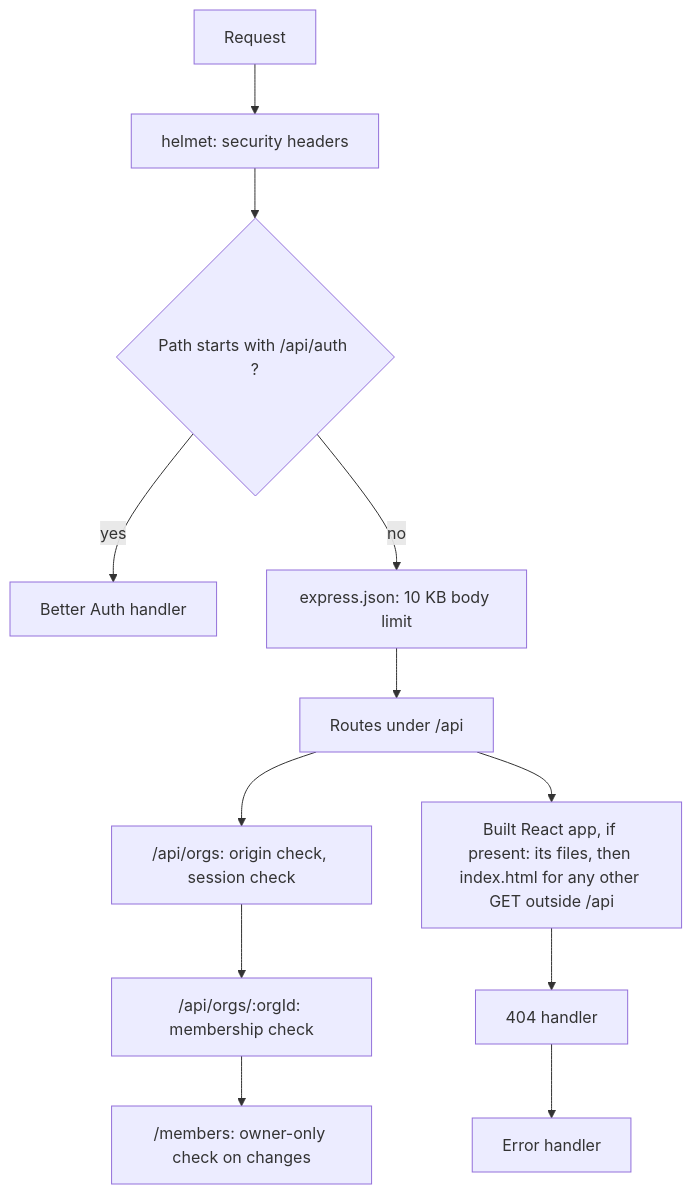
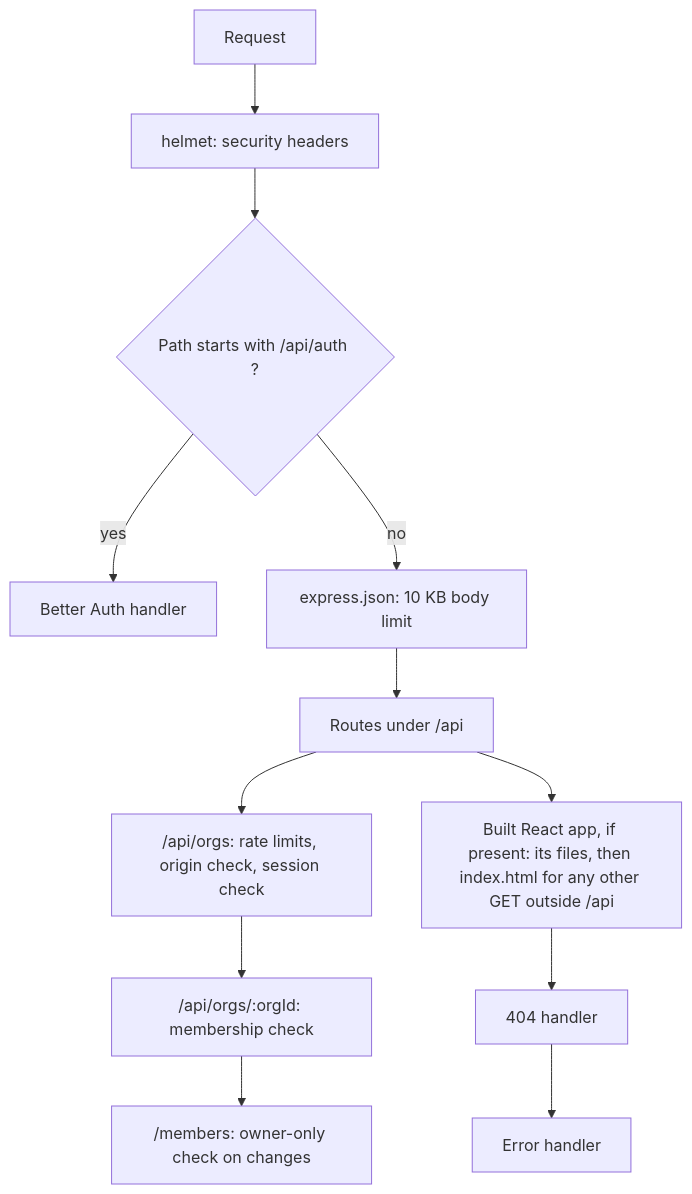
Before and after one commit to pr17-lab/SlotDesk: the diagram in DESIGN.md, drawn with Mermaid. The commit also changed other lines of this file and 12 other files, not shown here.

Commit message:
Limit requests to /api/orgs per client address

````diff
--- a/DESIGN.md
+++ b/DESIGN.md
@@ -22,14 +22,14 @@
 ```mermaid
 flowchart TD
   A["Request"] --> B["helmet: security headers"]
   B --> C{"Path starts with /api/auth ?"}
   C -- yes --> D["Better Auth handler"]
   C -- no --> E["express.json: 10 KB body limit"]
   E --> F["Routes under /api"]
-  F --> G["/api/orgs: origin check, session check"]
+  F --> G["/api/orgs: rate limits, origin check, session check"]
   G --> H["/api/orgs/:orgId: membership check"]
   H --> I["/members: owner-only check on changes"]
   F --> L["Built React app, if present: its files, then index.html for any other GET outside /api"]
   L --> J["404 handler"]
   J --> K["Error handler"]
 ```
````
